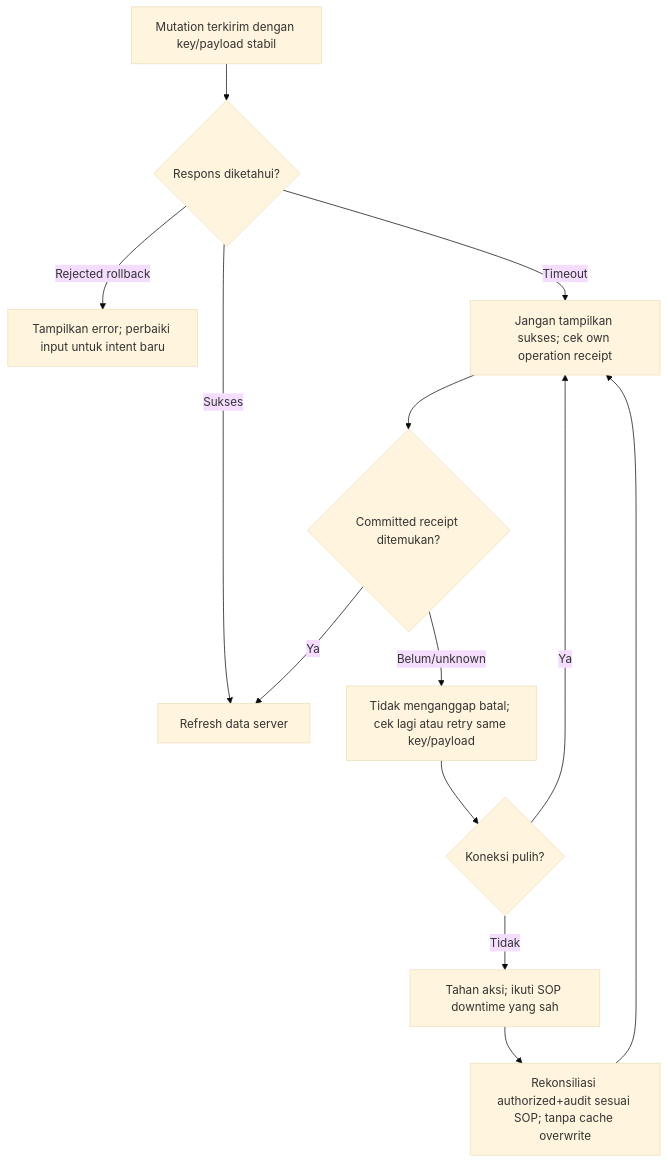
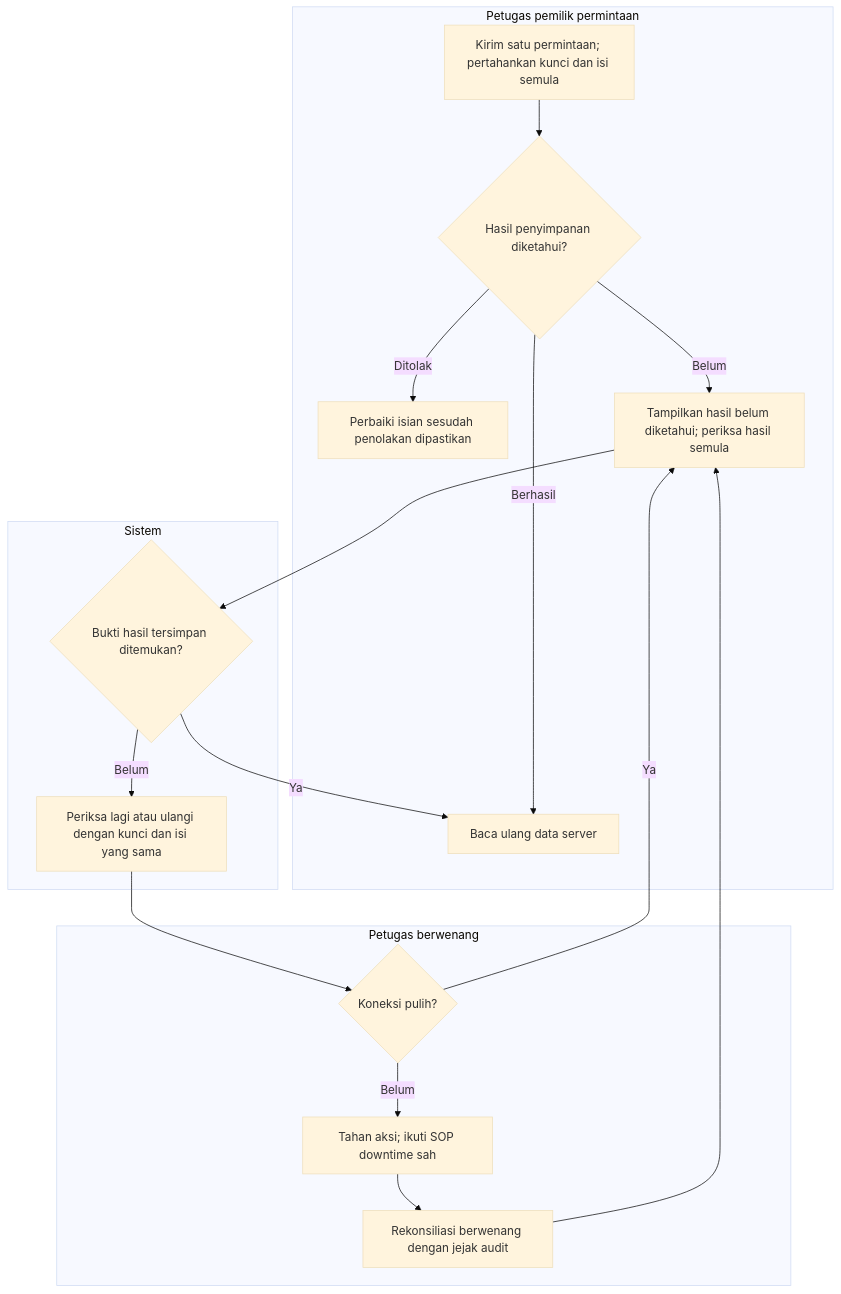
The diagram in docs/module-blueprints/rawat-inap/episode-rawat-inap/flowcharts/14-bed-uncertain-outcome.md (DevBenari/NewQuilvianSystemBackend), drawn with Mermaid (base theme) before and after one commit. The commit also changed other lines of this file and 19 other files, not shown here.

````diff
--- a/docs/module-blueprints/rawat-inap/episode-rawat-inap/flowcharts/14-bed-uncertain-outcome.md
+++ b/docs/module-blueprints/rawat-inap/episode-rawat-inap/flowcharts/14-bed-uncertain-outcome.md
@@ -7,15 +7,21 @@
 ```mermaid
 flowchart TD
- A["Mutation terkirim dengan key/payload stabil"] --> B{"Respons diketahui?"}
- B -- Sukses --> C["Refresh data server"]
- B -- Rejected rollback --> D["Tampilkan error; perbaiki input untuk intent baru"]
- B -- Timeout --> E["Jangan tampilkan sukses; cek own operation receipt"]
- E --> F{"Committed receipt ditemukan?"}
- F -- Ya --> C
- F -- Belum/unknown --> G["Tidak menganggap batal; cek lagi atau retry same key/payload"]
- G --> H{"Koneksi pulih?"}
- H -- Tidak --> I["Tahan aksi; ikuti SOP downtime yang sah"]
- H -- Ya --> E
- I --> J["Rekonsiliasi authorized+audit sesuai SOP; tanpa cache overwrite"]
+ subgraph petugas[Petugas pemilik permintaan]
+  A["Kirim satu permintaan; pertahankan kunci dan isi semula"] --> B{"Hasil penyimpanan diketahui?"}
+  B -- Berhasil --> C["Baca ulang data server"]
+  B -- Ditolak --> D["Perbaiki isian sesudah penolakan dipastikan"]
+  B -- Belum --> E["Tampilkan hasil belum diketahui; periksa hasil semula"]
+ end
+ subgraph sistem[Sistem]
+  E --> F{"Bukti hasil tersimpan ditemukan?"}
+  F -- Ya --> C
+  F -- Belum --> G["Periksa lagi atau ulangi dengan kunci dan isi yang sama"]
+ end
+ subgraph pemulihan[Petugas berwenang]
+  G --> H{"Koneksi pulih?"}
+  H -- Ya --> E
+  H -- Belum --> I["Tahan aksi; ikuti SOP downtime sah"]
+  I --> J["Rekonsiliasi berwenang dengan jejak audit"]
+ end
  J --> E
 ```
````
